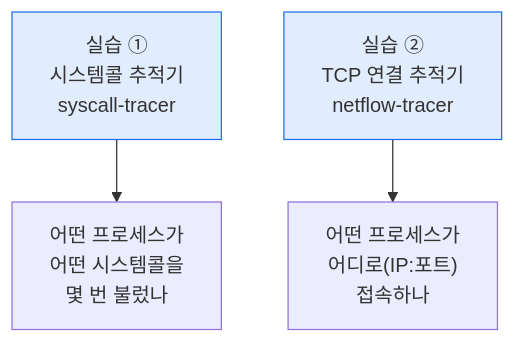
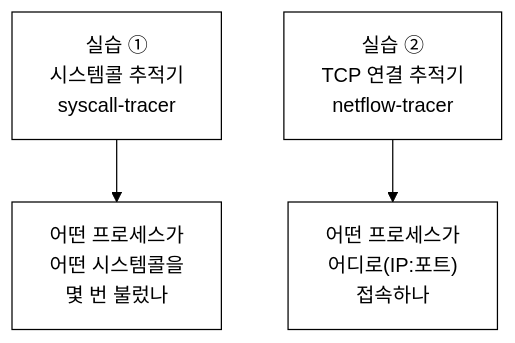
Before and after one commit to iamywl/ebpf-lab: the second of 8 diagrams in README.md, drawn with Mermaid. The commit also changed other lines of this file and 33 other files, not shown here.

First line of the commit message:
강의자료: 다이어그램 흑백(논문 스타일) 통일 + 실제 실행 스크린샷 삽입

````diff
--- a/README.md
+++ b/README.md
@@ -69,8 +70,9 @@
 ```mermaid
+%%{init: {"theme":"base","themeVariables":{"background":"#ffffff","primaryColor":"#ffffff","primaryBorderColor":"#000000","primaryTextColor":"#000000","secondaryColor":"#ffffff","secondaryBorderColor":"#000000","secondaryTextColor":"#000000","tertiaryColor":"#ffffff","tertiaryBorderColor":"#000000","tertiaryTextColor":"#000000","lineColor":"#000000","textColor":"#000000","mainBkg":"#ffffff","secondBkg":"#ffffff","clusterBkg":"#ffffff","clusterBorder":"#000000","edgeLabelBackground":"#ffffff","nodeBorder":"#000000","defaultLinkColor":"#000000","titleColor":"#000000","actorBkg":"#ffffff","actorBorder":"#000000","actorTextColor":"#000000","actorLineColor":"#000000","signalColor":"#000000","signalTextColor":"#000000","labelBoxBkgColor":"#ffffff","labelBoxBorderColor":"#000000","labelTextColor":"#000000","loopTextColor":"#000000","noteBkgColor":"#ffffff","noteBorderColor":"#000000","noteTextColor":"#000000","activationBkgColor":"#ffffff","activationBorderColor":"#000000","sequenceNumberColor":"#000000","cScale0":"#ffffff","cScale1":"#ffffff","cScale2":"#ffffff","cScale3":"#ffffff","cScale4":"#ffffff","cScale5":"#ffffff","cScale6":"#ffffff","cScale7":"#ffffff","cScale8":"#ffffff","cScale9":"#ffffff","cScale10":"#ffffff","cScale11":"#ffffff","cScaleLabel0":"#000000","cScaleLabel1":"#000000","cScaleLabel2":"#000000","cScaleLabel3":"#000000","cScaleLabel4":"#000000","cScaleLabel5":"#000000","cScaleLabel6":"#000000","cScaleLabel7":"#000000","cScaleLabel8":"#000000","cScaleLabel9":"#000000","cScaleLabel10":"#000000","cScaleLabel11":"#000000","pie1":"#ffffff","pie2":"#eeeeee","pie3":"#dddddd","pie4":"#cccccc","fontFamily":"Georgia, serif"}}}%%
 flowchart TB
     A["실습 ①\n시스템콜 추적기\nsyscall-tracer"]:::p
     B["실습 ②\nTCP 연결 추적기\nnetflow-tracer"]:::p
     A --> A1["어떤 프로세스가\n어떤 시스템콜을\n몇 번 불렀나"]
     B --> B1["어떤 프로세스가\n어디로(IP:포트)\n접속하나"]
-    classDef p fill:#1f6feb22,stroke:#1f6feb,stroke-width:1px;
+    classDef p fill:#ffffff,stroke:#000000,stroke-width:1px;
 ```
````
